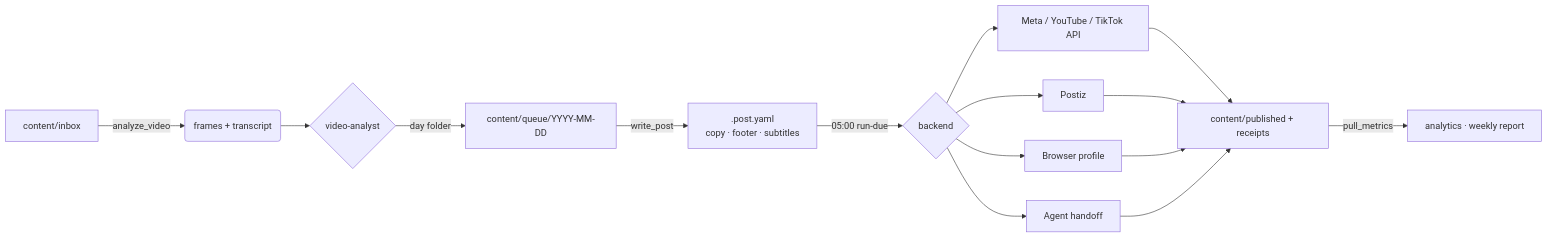
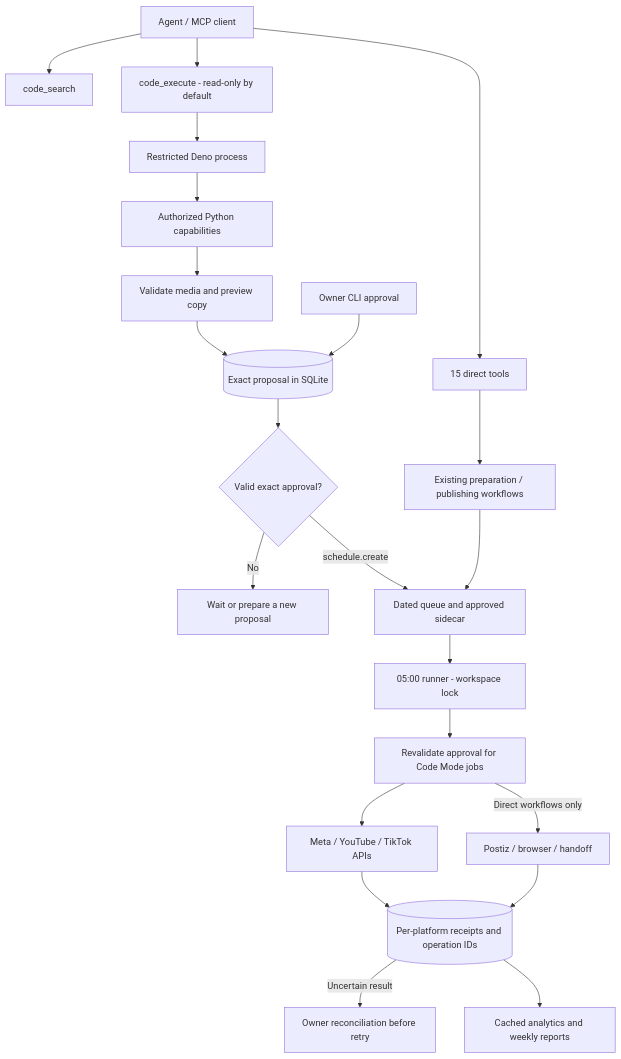
Before and after one commit to robgallardof/social-publisher-mcp: the diagram in README.md, drawn with Mermaid. The commit also changed other lines of this file and 13 other files, not shown here.

Commit message:
Refresh Code Mode setup documentation and Archify publishing flows

````diff
--- a/README.md
+++ b/README.md
@@ -146,14 +170,24 @@
 ```mermaid
-flowchart LR
-    A[content/inbox] -->|analyze_video| B(frames + transcript)
-    B --> C{video-analyst}
-    C -->|day folder| D[content/queue/YYYY-MM-DD]
-    D -->|write_post| E[.post.yaml<br/>copy · footer · subtitles]
-    E -->|05:00 run-due| F{backend}
-    F --> G[Meta / YouTube / TikTok API]
-    F --> H[Postiz]
-    F --> I[Browser profile]
-    F --> J[Agent handoff]
-    G & H & I & J --> K[content/published + receipts]
-    K -->|pull_metrics| L[analytics · weekly report]
+flowchart TD
+    Agent[Agent / MCP client] --> Direct[15 direct tools]
+    Agent --> Search[code_search]
+    Agent --> Execute[code_execute - read-only by default]
+    Execute --> Deno[Restricted Deno process]
+    Deno --> Bridge[Authorized Python capabilities]
+    Bridge --> Preview[Validate media and preview copy]
+    Preview --> Proposal[(Exact proposal in SQLite)]
+    Owner[Owner CLI approval] --> Proposal
+    Proposal --> Grant{Valid exact approval?}
+    Grant -->|No| Wait[Wait or prepare a new proposal]
+    Grant -->|schedule.create| Queue[Dated queue and approved sidecar]
+    Direct --> Legacy[Existing preparation / publishing workflows]
+    Legacy --> Queue
+    Queue --> Runner[05:00 runner - workspace lock]
+    Runner --> Recheck[Revalidate approval for Code Mode jobs]
+    Recheck --> Official[Meta / YouTube / TikTok APIs]
+    Recheck -->|Direct workflows only| Other[Postiz / browser / handoff]
+    Official --> Receipts[(Per-platform receipts and operation IDs)]
+    Other --> Receipts
+    Receipts -->|Uncertain result| Reconcile[Owner reconciliation before retry]
+    Receipts --> Metrics[Cached analytics and weekly reports]
 ```
````
